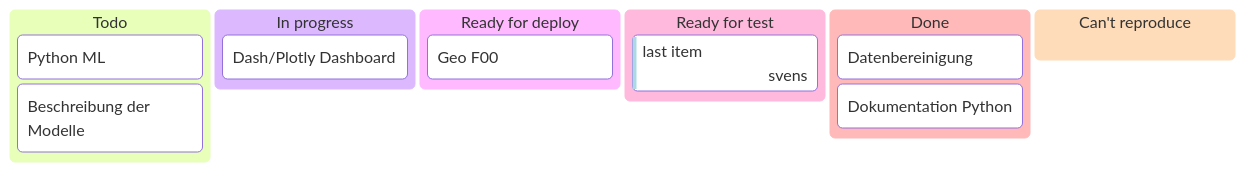
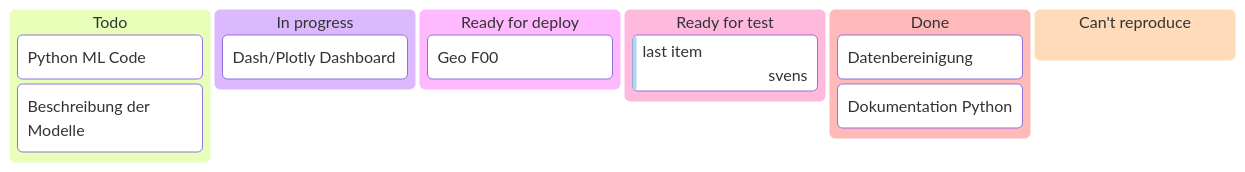
One commit to nevsglueckauf/wq changed the diagram in Documentation/Burndown-Chart.md. Above: the diagram before and after it, drawn with Mermaid. The commit also changed 2 other files, not shown here.

Commit message:
Doku: Beschreibung Package wtf; Klassendiagramm

````diff
--- a/Documentation/Burndown-Chart.md
+++ b/Documentation/Burndown-Chart.md
@@ -2,22 +2,22 @@
 ```mermaid
 ---
 config: 
   kanban:
     ticketBaseUrl: 'https://gwen:8666/list/curr#TICKET#'
 ---
 kanban
   Todo
-    [Python ML]
+    [Python ML Code]
     docs[Beschreibung der Modelle]
   [In progress]
     id6[Dash/Plotly Dashboard]
   id9[Ready for deploy]
     id8[Geo F00]
   id10[Ready for test]
     id66[last item]@{ priority: 'Very Low', assigned: 'svens' }
   id11[Done]
     id5[Datenbereinigung]
     id2[Dokumentation Python]
 
   id12[Can't reproduce]
 ```
````
